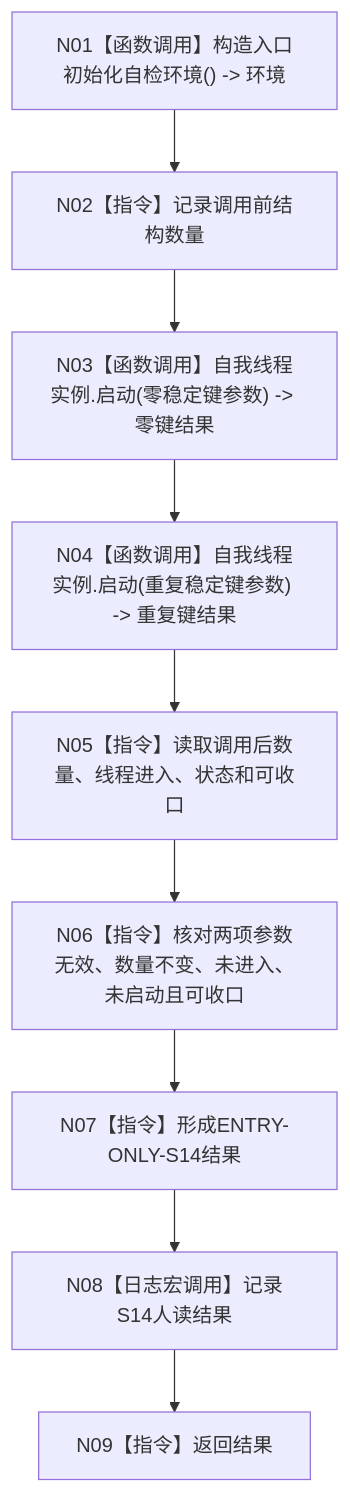
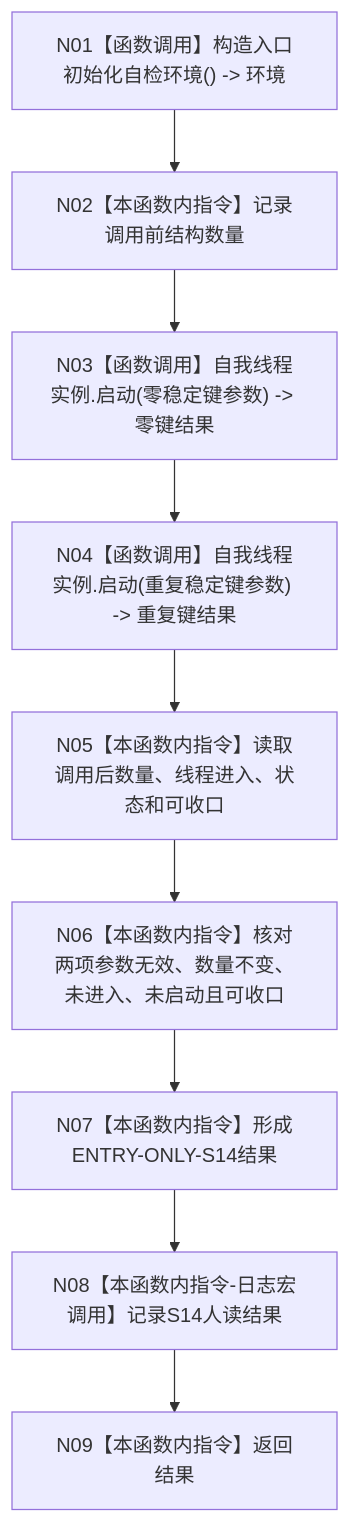
Before and after one commit to chunhaizh-cyber/HY-Ego: the diagram in 流程图/20260726_ENTRY-ONLY_S14_自我线程无效参数拒绝与生命周期_施工流程图_v0.1.md, drawn with Mermaid. The commit also changed other lines of this file and 88 other files, not shown here.

````diff
--- a/流程图/20260726_ENTRY-ONLY_S14_自我线程无效参数拒绝与生命周期_施工流程图_v0.1.md
+++ b/流程图/20260726_ENTRY-ONLY_S14_自我线程无效参数拒绝与生命周期_施工流程图_v0.1.md
@@ -7,11 +27,11 @@
 ```mermaid
 flowchart TD
-    N01["N01【函数调用】构造入口初始化自检环境() -> 环境"] --> N02["N02【指令】记录调用前结构数量"]
+    N01["N01【函数调用】构造入口初始化自检环境() -> 环境"] --> N02["N02【本函数内指令】记录调用前结构数量"]
     N02 --> N03["N03【函数调用】自我线程实例.启动(零稳定键参数) -> 零键结果"]
     N03 --> N04["N04【函数调用】自我线程实例.启动(重复稳定键参数) -> 重复键结果"]
-    N04 --> N05["N05【指令】读取调用后数量、线程进入、状态和可收口"]
-    N05 --> N06["N06【指令】核对两项参数无效、数量不变、未进入、未启动且可收口"]
-    N06 --> N07["N07【指令】形成ENTRY-ONLY-S14结果"]
-    N07 --> N08["N08【日志宏调用】记录S14人读结果"]
-    N08 --> N09["N09【指令】返回结果"]
+    N04 --> N05["N05【本函数内指令】读取调用后数量、线程进入、状态和可收口"]
+    N05 --> N06["N06【本函数内指令】核对两项参数无效、数量不变、未进入、未启动且可收口"]
+    N06 --> N07["N07【本函数内指令】形成ENTRY-ONLY-S14结果"]
+    N07 --> N08["N08【本函数内指令-日志宏调用】记录S14人读结果"]
+    N08 --> N09["N09【本函数内指令】返回结果"]
 ```
````
